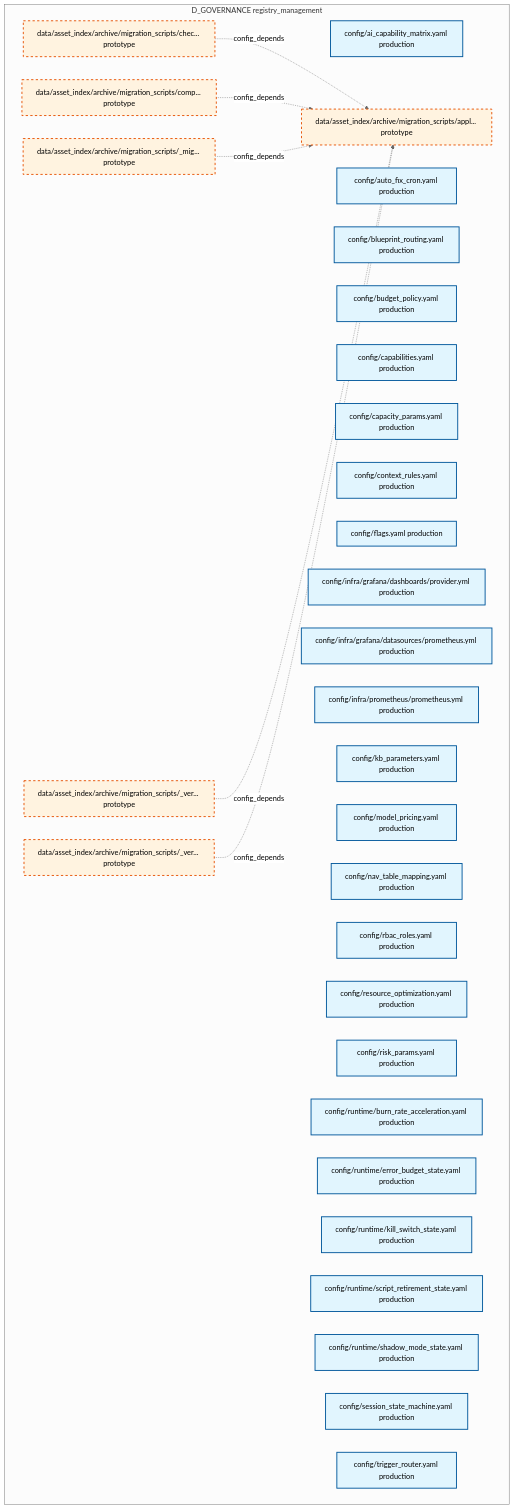
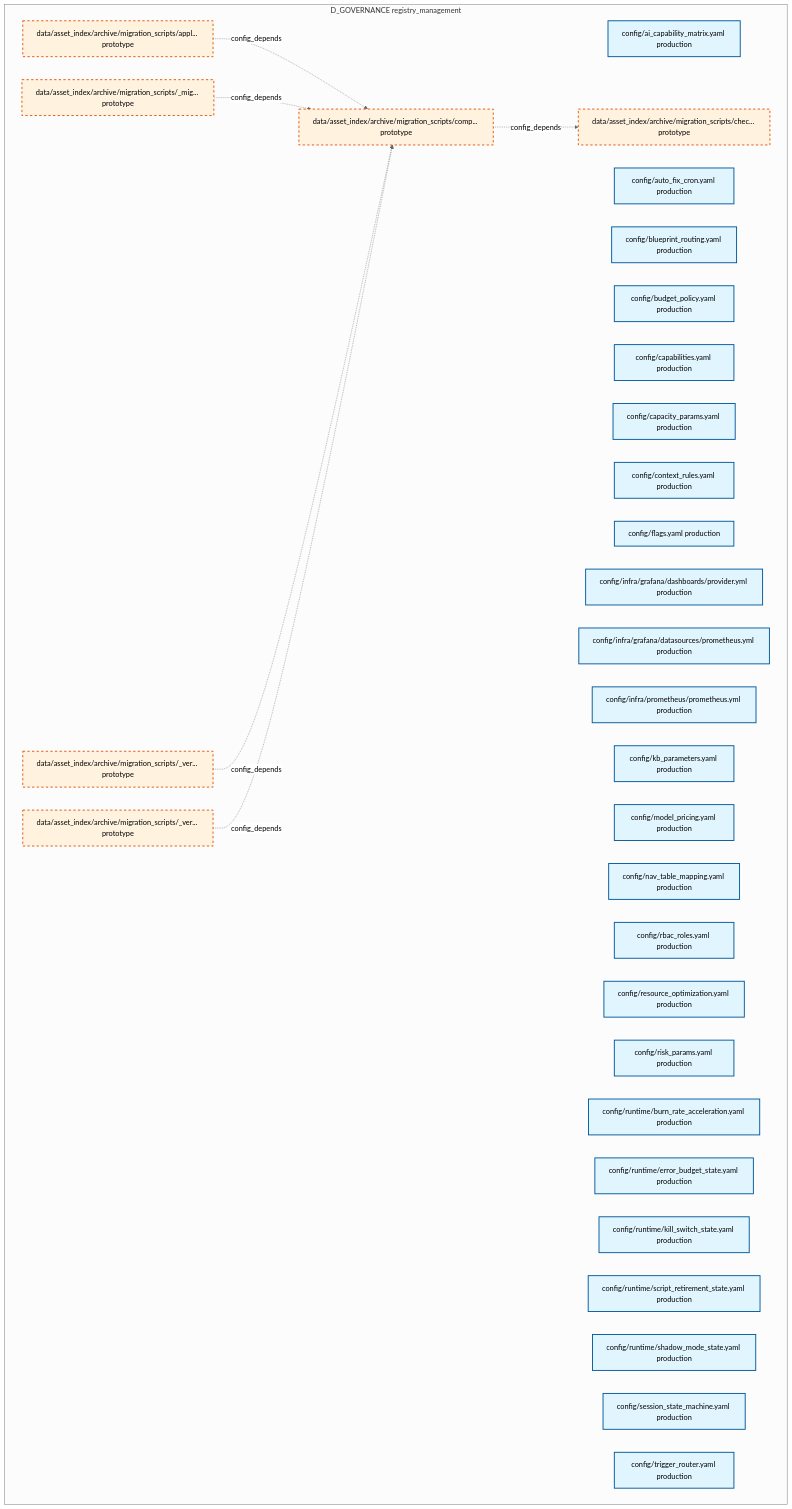
One commit to xuanFelixVan/ZephyrAlpha changed the first of 30 diagrams in docs/02_enterprise_architecture/02_domain_architecture_docs/32_d_governance.md. Above: the diagram before and after it, drawn with Mermaid (neutral theme). The commit also changed other lines of this file and 97 other files, not shown here.

````diff
--- a/docs/02_enterprise_architecture/02_domain_architecture_docs/32_d_governance.md
+++ b/docs/02_enterprise_architecture/02_domain_architecture_docs/32_d_governance.md
@@ -49,46 +49,46 @@
 ```mermaid
 graph TD
     subgraph D_GOVERNANCE["D_GOVERNANCE registry_management"]
         config_ai_capability_matrix_yaml["config/ai_capability_matrix.yaml production"]
         config_auto_fix_cron_yaml["config/auto_fix_cron.yaml production"]
         config_blueprint_routing_yaml["config/blueprint_routing.yaml production"]
         config_budget_policy_yaml["config/budget_policy.yaml production"]
         config_capabilities_yaml["config/capabilities.yaml production"]
         config_capacity_params_yaml["config/capacity_params.yaml production"]
         config_context_rules_yaml["config/context_rules.yaml production"]
         config_flags_yaml["config/flags.yaml production"]
         config_infra_grafana_dashboards_provider_yml["config/infra/grafana/dashboards/provider.yml production"]
         config_infra_grafana_datasources_prometheus_yml["config/infra/grafana/datasources/prometheus.yml production"]
         config_infra_prometheus_prometheus_yml["config/infra/prometheus/prometheus.yml production"]
         config_kb_parameters_yaml["config/kb_parameters.yaml production"]
         config_model_pricing_yaml["config/model_pricing.yaml production"]
         config_nav_table_mapping_yaml["config/nav_table_mapping.yaml production"]
         config_rbac_roles_yaml["config/rbac_roles.yaml production"]
         config_resource_optimization_yaml["config/resource_optimization.yaml production"]
         config_risk_params_yaml["config/risk_params.yaml production"]
         config_runtime_burn_rate_acceleration_yaml["config/runtime/burn_rate_acceleration.yaml production"]
         config_runtime_error_budget_state_yaml["config/runtime/error_budget_state.yaml production"]
         config_runtime_kill_switch_state_yaml["config/runtime/kill_switch_state.yaml production"]
         config_runtime_script_retirement_state_yaml["config/runtime/script_retirement_state.yaml production"]
         config_runtime_shadow_mode_state_yaml["config/runtime/shadow_mode_state.yaml production"]
         config_session_state_machine_yaml["config/session_state_machine.yaml production"]
         config_trigger_router_yaml["config/trigger_router.yaml production"]
         data_asset_index_archive_migration_scripts_migration_shared_py["data/asset_index/archive/migration_scripts/_mig... prototype"]
         data_asset_index_archive_migration_scripts_verify_manifest_py["data/asset_index/archive/migration_scripts/_ver... prototype"]
         data_asset_index_archive_migration_scripts_verify_step4_py["data/asset_index/archive/migration_scripts/_ver... prototype"]
         data_asset_index_archive_migration_scripts_apply_rulings_py["data/asset_index/archive/migration_scripts/appl... prototype"]
         data_asset_index_archive_migration_scripts_check_coverage_py["data/asset_index/archive/migration_scripts/chec... prototype"]
         data_asset_index_archive_migration_scripts_comprehensive_import_fix_py["data/asset_index/archive/migration_scripts/comp... prototype"]
     end
-    data_asset_index_archive_migration_scripts_check_coverage_py -.->|config_depends| data_asset_index_archive_migration_scripts_apply_rulings_py
-    data_asset_index_archive_migration_scripts_comprehensive_import_fix_py -.->|config_depends| data_asset_index_archive_migration_scripts_apply_rulings_py
-    data_asset_index_archive_migration_scripts_migration_shared_py -.->|config_depends| data_asset_index_archive_migration_scripts_apply_rulings_py
-    data_asset_index_archive_migration_scripts_verify_manifest_py -.->|config_depends| data_asset_index_archive_migration_scripts_apply_rulings_py
-    data_asset_index_archive_migration_scripts_verify_step4_py -.->|config_depends| data_asset_index_archive_migration_scripts_apply_rulings_py
+    data_asset_index_archive_migration_scripts_comprehensive_import_fix_py -.->|config_depends| data_asset_index_archive_migration_scripts_check_coverage_py
+    data_asset_index_archive_migration_scripts_apply_rulings_py -.->|config_depends| data_asset_index_archive_migration_scripts_comprehensive_import_fix_py
+    data_asset_index_archive_migration_scripts_migration_shared_py -.->|config_depends| data_asset_index_archive_migration_scripts_comprehensive_import_fix_py
+    data_asset_index_archive_migration_scripts_verify_manifest_py -.->|config_depends| data_asset_index_archive_migration_scripts_comprehensive_import_fix_py
+    data_asset_index_archive_migration_scripts_verify_step4_py -.->|config_depends| data_asset_index_archive_migration_scripts_comprehensive_import_fix_py
     classDef production fill:#e1f5fe,stroke:#01579b,stroke-width:2px,color:#000
     classDef design fill:#fff3e0,stroke:#e65100,stroke-width:2px,color:#000,stroke-dasharray: 5 5
     classDef external_prod fill:#e8f5e9,stroke:#1b5e20,stroke-width:1px,color:#000
     classDef external_design fill:#fce4ec,stroke:#880e4f,stroke-width:1px,color:#000,stroke-dasharray: 5 5
     class config_ai_capability_matrix_yaml,config_auto_fix_cron_yaml,config_blueprint_routing_yaml,config_budget_policy_yaml,config_capabilities_yaml,config_capacity_params_yaml,config_context_rules_yaml,config_flags_yaml,config_infra_grafana_dashboards_provider_yml,config_infra_grafana_datasources_prometheus_yml,config_infra_prometheus_prometheus_yml,config_kb_parameters_yaml,config_model_pricing_yaml,config_nav_table_mapping_yaml,config_rbac_roles_yaml,config_resource_optimization_yaml,config_risk_params_yaml,config_runtime_burn_rate_acceleration_yaml,config_runtime_error_budget_state_yaml,config_runtime_kill_switch_state_yaml,config_runtime_script_retirement_state_yaml,config_runtime_shadow_mode_state_yaml,config_session_state_machine_yaml,config_trigger_router_yaml production
     class data_asset_index_archive_migration_scripts_migration_shared_py,data_asset_index_archive_migration_scripts_verify_manifest_py,data_asset_index_archive_migration_scripts_verify_step4_py,data_asset_index_archive_migration_scripts_apply_rulings_py,data_asset_index_archive_migration_scripts_check_coverage_py,data_asset_index_archive_migration_scripts_comprehensive_import_fix_py design
 ```
````
